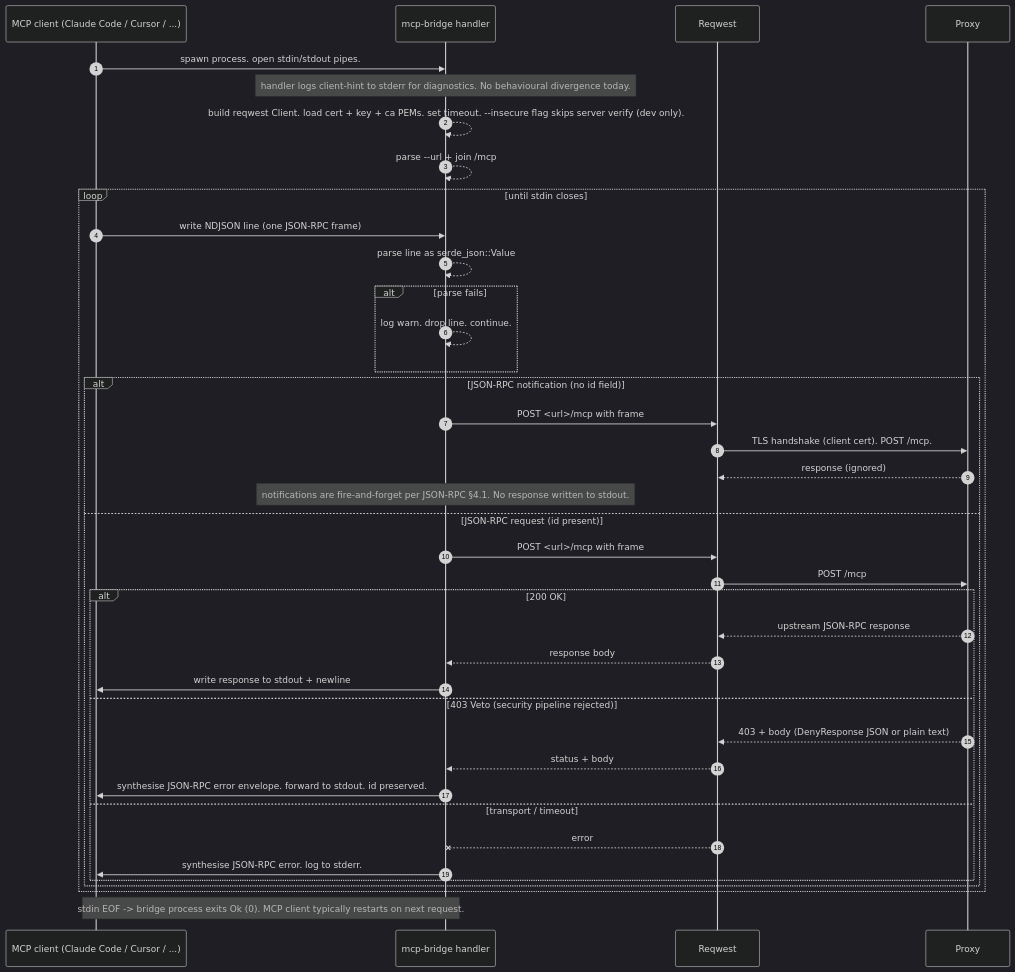
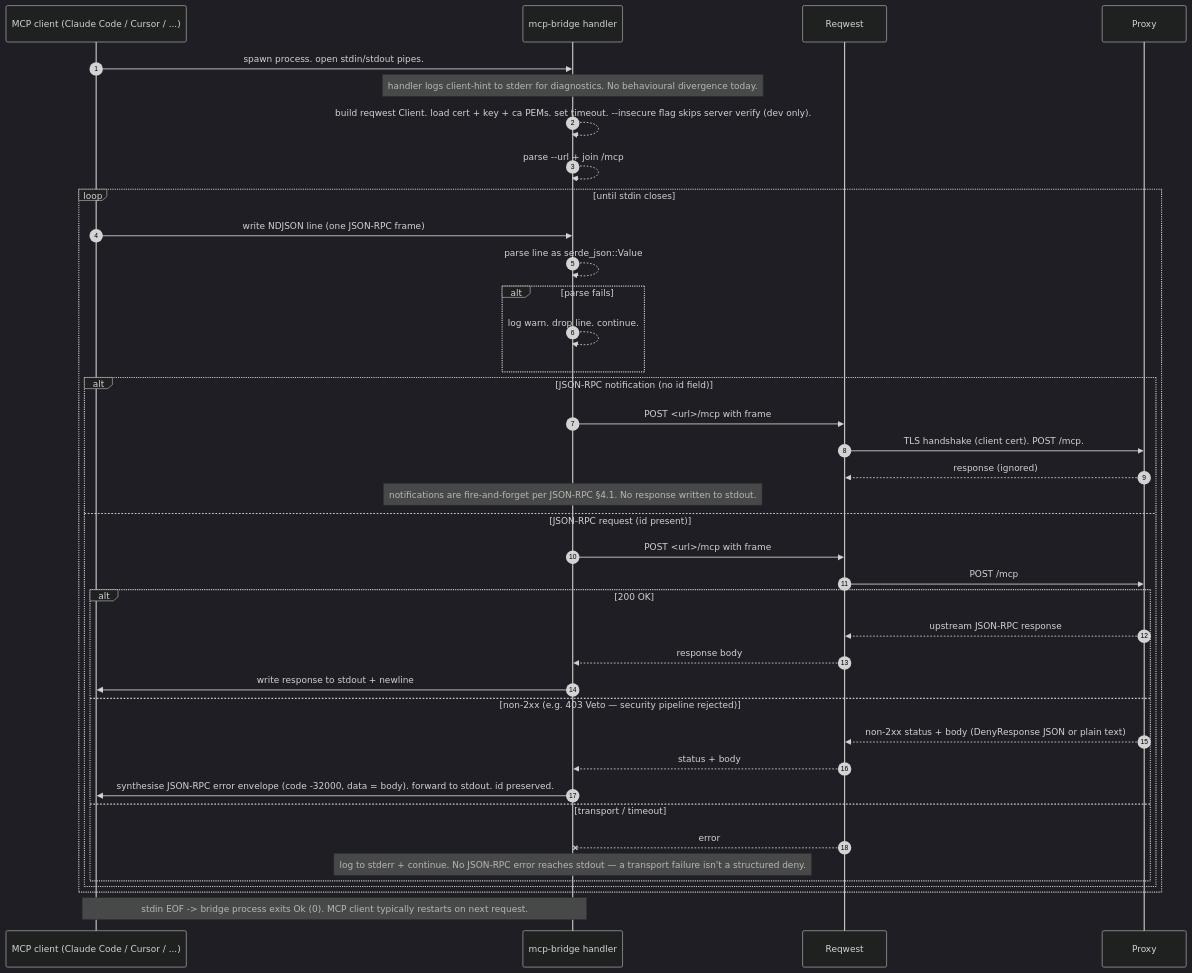
The fifth of 7 diagrams in docs/SEQUENCES.md (clavenar/clavenar-ctl), drawn with Mermaid (dark theme) before and after one commit. The commit also changed other lines of this file and 2 other files, not shown here.

First line of the commit message:
fix sequence docs (field drift + pending decide); correct verb-count comments

````diff
--- a/docs/SEQUENCES.md
+++ b/docs/SEQUENCES.md
@@ -369,46 +370,46 @@
 ```mermaid
 sequenceDiagram
     autonumber
     participant MCPClient as MCP client (Claude Code / Cursor / ...)
     participant Clavenarctl as mcp-bridge handler
     participant Reqwest
     participant Proxy
 
     MCPClient->>Clavenarctl: spawn process. open stdin/stdout pipes.
     Note over Clavenarctl: handler logs client-hint to stderr for diagnostics. No behavioural divergence today.
 
     Clavenarctl-->>Clavenarctl: build reqwest Client. load cert + key + ca PEMs. set timeout. --insecure flag skips server verify (dev only).
     Clavenarctl-->>Clavenarctl: parse --url + join /mcp
 
     loop until stdin closes
         MCPClient->>Clavenarctl: write NDJSON line (one JSON-RPC frame)
         Clavenarctl-->>Clavenarctl: parse line as serde_json::Value
         alt parse fails
             Clavenarctl-->>Clavenarctl: log warn. drop line. continue.
         end
 
         alt JSON-RPC notification (no id field)
             Clavenarctl->>Reqwest: POST <url>/mcp with frame
             Reqwest->>Proxy: TLS handshake (client cert). POST /mcp.
             Proxy-->>Reqwest: response (ignored)
             Note over Clavenarctl: notifications are fire-and-forget per JSON-RPC §4.1. No response written to stdout.
         else JSON-RPC request (id present)
             Clavenarctl->>Reqwest: POST <url>/mcp with frame
             Reqwest->>Proxy: POST /mcp
             alt 200 OK
                 Proxy-->>Reqwest: upstream JSON-RPC response
                 Reqwest-->>Clavenarctl: response body
                 Clavenarctl->>MCPClient: write response to stdout + newline
-            else 403 Veto (security pipeline rejected)
-                Proxy-->>Reqwest: 403 + body (DenyResponse JSON or plain text)
+            else non-2xx (e.g. 403 Veto — security pipeline rejected)
+                Proxy-->>Reqwest: non-2xx status + body (DenyResponse JSON or plain text)
                 Reqwest-->>Clavenarctl: status + body
-                Clavenarctl->>MCPClient: synthesise JSON-RPC error envelope. forward to stdout. id preserved.
+                Clavenarctl->>MCPClient: synthesise JSON-RPC error envelope (code -32000, data = body). forward to stdout. id preserved.
             else transport / timeout
                 Reqwest--xClavenarctl: error
-                Clavenarctl->>MCPClient: synthesise JSON-RPC error. log to stderr.
+                Note over Clavenarctl: log to stderr + continue. No JSON-RPC error reaches stdout — a transport failure isn't a structured deny.
             end
         end
     end
 
     Note over MCPClient, Clavenarctl: stdin EOF -> bridge process exits Ok (0). MCP client typically restarts on next request.
 ```
````
